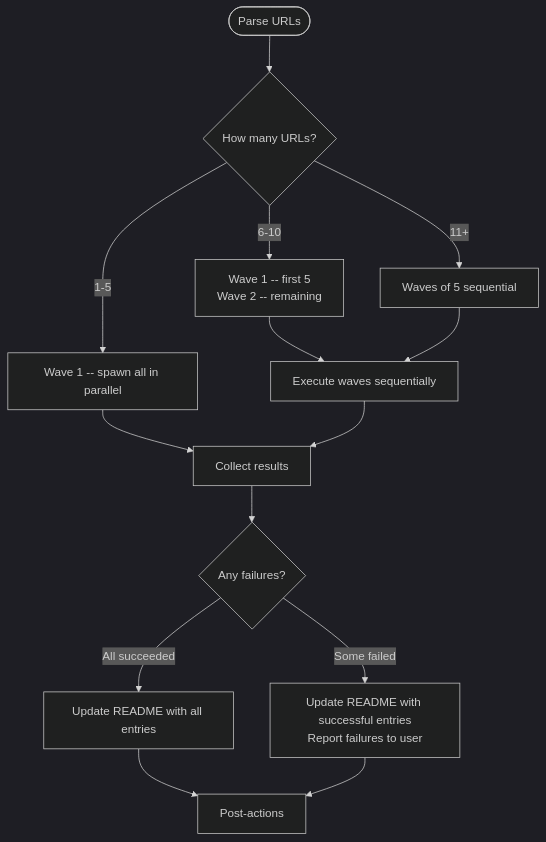
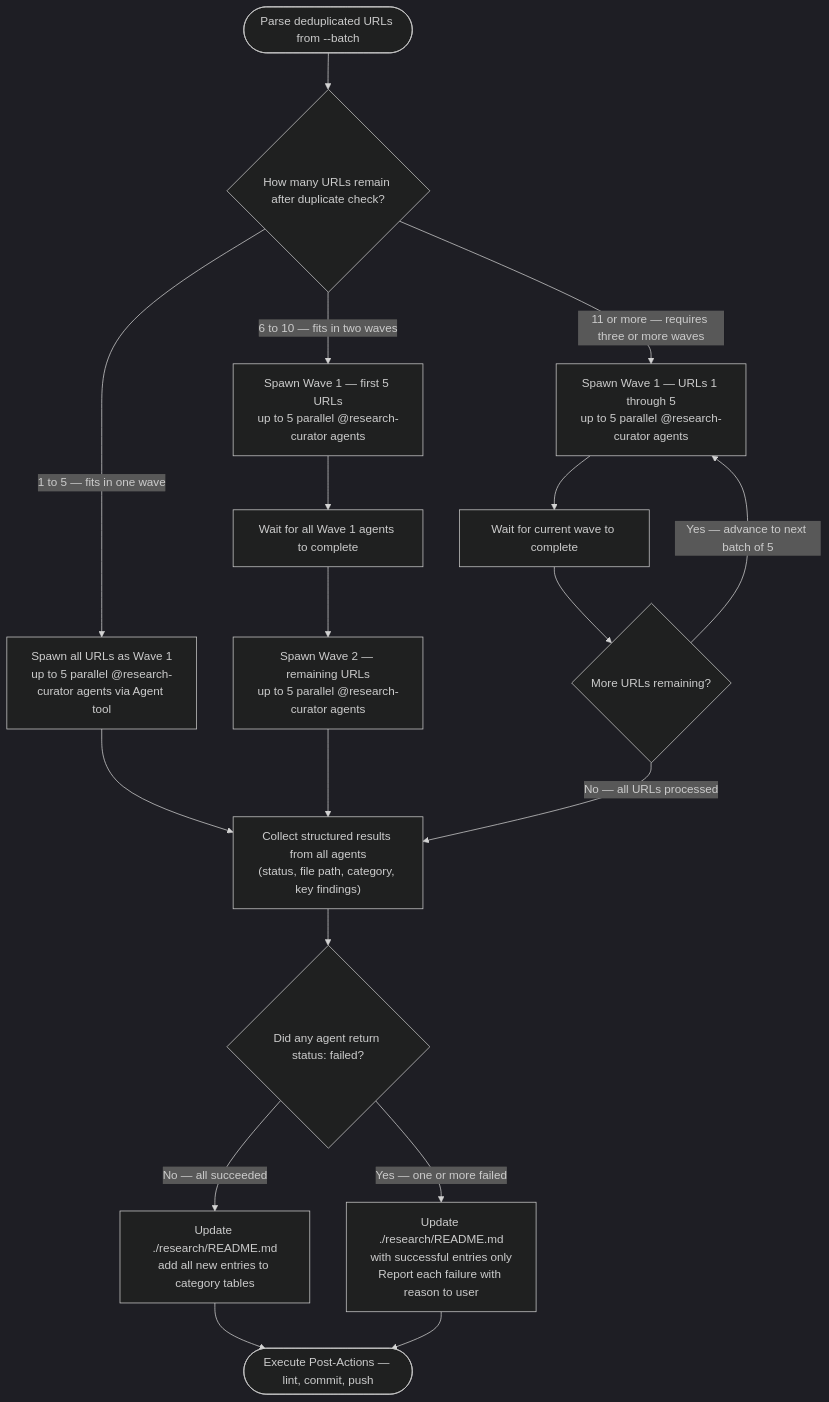
Before and after one commit to chgreer1070/claude_skills: the second of 4 diagrams in .claude/skills/research-curator/SKILL.md, drawn with Mermaid (dark theme). The commit also changed other lines of this file and 1 other file, not shown here.

Commit message:
docs(research-curator): update skill documentation and batch-mode reference

````diff
--- a/.claude/skills/research-curator/SKILL.md
+++ b/.claude/skills/research-curator/SKILL.md
@@ -91,16 +104,20 @@
 ```mermaid
 flowchart TD
-    Start([Parse URLs]) --> Count{How many URLs?}
-    Count -->|1-5| Wave1[Wave 1 -- spawn all in parallel]
-    Count -->|6-10| Split2[Wave 1 -- first 5<br>Wave 2 -- remaining]
-    Count -->|11+| SplitN[Waves of 5 sequential]
-    Wave1 --> Collect[Collect results]
-    Split2 --> SeqWaves[Execute waves sequentially]
-    SeqWaves --> Collect
-    SplitN --> SeqWaves
-    Collect --> Results{Any failures?}
-    Results -->|All succeeded| UpdateAll[Update README with all entries]
-    Results -->|Some failed| Partial[Update README with successful entries<br>Report failures to user]
-    UpdateAll --> PostActions[Post-actions]
+    Start(["Parse deduplicated URLs from --batch"]) --> Count{"How many URLs remain after duplicate check?"}
+    Count -->|"1 to 5 — fits in one wave"| Wave1["Spawn all URLs as Wave 1<br>up to 5 parallel @research-curator agents via Agent tool"]
+    Count -->|"6 to 10 — fits in two waves"| W1a["Spawn Wave 1 — first 5 URLs<br>up to 5 parallel @research-curator agents"]
+    Count -->|"11 or more — requires three or more waves"| WNa["Spawn Wave 1 — URLs 1 through 5<br>up to 5 parallel @research-curator agents"]
+    Wave1 --> Collect["Collect structured results from all agents<br>(status, file path, category, key findings)"]
+    W1a --> W1aDone["Wait for all Wave 1 agents to complete"]
+    W1aDone --> W2a["Spawn Wave 2 — remaining URLs<br>up to 5 parallel @research-curator agents"]
+    W2a --> Collect
+    WNa --> WNaDone["Wait for current wave to complete"]
+    WNaDone --> QMore{"More URLs remaining?"}
+    QMore -->|"Yes — advance to next batch of 5"| WNa
+    QMore -->|"No — all URLs processed"| Collect
+    Collect --> Results{"Did any agent return status: failed?"}
+    Results -->|"No — all succeeded"| UpdateAll["Update ./research/README.md<br>add all new entries to category tables"]
+    Results -->|"Yes — one or more failed"| Partial["Update ./research/README.md<br>with successful entries only<br>Report each failure with reason to user"]
+    UpdateAll --> PostActions(["Execute Post-Actions — lint, commit, push"])
     Partial --> PostActions
 ```
````
